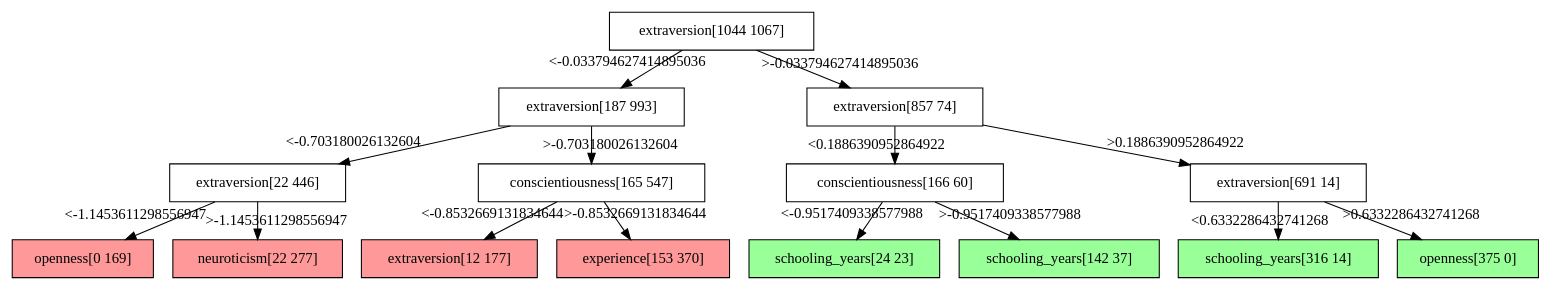
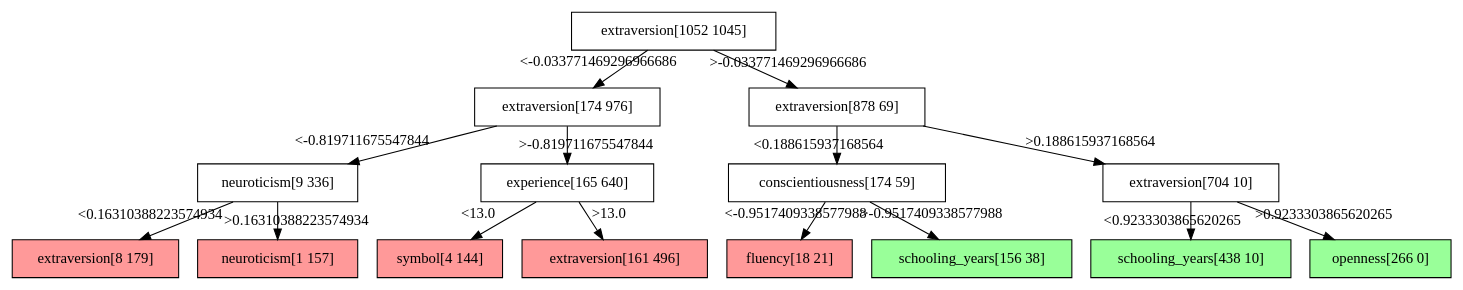
The diagram in skills_and_wages/bld/out/analysis/decision_tree.dot (Poojabl26/Programming-Project), drawn with Graphviz before and after one commit. The commit also changed 12 other files, not shown here.

```diff
--- a/skills_and_wages/bld/out/analysis/decision_tree.dot
+++ b/skills_and_wages/bld/out/analysis/decision_tree.dot
@@ -1,32 +1,32 @@
 digraph Tree {
 node [shape=box, style="filled", color="black"] ;
-0 [ label="extraversion[1044 1067]" , fillcolor="#ffffff"] ;
-1 [ label="extraversion[187 993]" , fillcolor="#ffffff"] ;
-0->1 [labeldistance=2.5, labelangle=45, headlabel="<-0.033794627414895036"] ;
-3 [ label="extraversion[22 446]" , fillcolor="#ffffff"] ;
-1->3 [labeldistance=2.5, labelangle=45, headlabel="<-0.703180026132604"] ;
-5 [ label="openness[0 169]" , fillcolor="#ff9999"] ;
-3->5 [labeldistance=2.5, labelangle=45, headlabel="<-1.1453611298556947"] ;
-6 [ label="neuroticism[22 277]" , fillcolor="#ff9999"] ;
-3->6 [labeldistance=2.5, labelangle=-45, headlabel=">-1.1453611298556947"] ;
-4 [ label="conscientiousness[165 547]" , fillcolor="#ffffff"] ;
-1->4 [labeldistance=2.5, labelangle=-45, headlabel=">-0.703180026132604"] ;
-7 [ label="extraversion[12 177]" , fillcolor="#ff9999"] ;
-4->7 [labeldistance=2.5, labelangle=45, headlabel="<-0.8532669131834644"] ;
-8 [ label="experience[153 370]" , fillcolor="#ff9999"] ;
-4->8 [labeldistance=2.5, labelangle=-45, headlabel=">-0.8532669131834644"] ;
-2 [ label="extraversion[857 74]" , fillcolor="#ffffff"] ;
-0->2 [labeldistance=2.5, labelangle=-45, headlabel=">-0.033794627414895036"] ;
-9 [ label="conscientiousness[166 60]" , fillcolor="#ffffff"] ;
-2->9 [labeldistance=2.5, labelangle=45, headlabel="<0.1886390952864922"] ;
-11 [ label="schooling_years[24 23]" , fillcolor="#99ff99"] ;
+0 [ label="extraversion[1052 1045]" , fillcolor="#ffffff"] ;
+1 [ label="extraversion[174 976]" , fillcolor="#ffffff"] ;
+0->1 [labeldistance=2.5, labelangle=45, headlabel="<-0.033771469296966686"] ;
+3 [ label="neuroticism[9 336]" , fillcolor="#ffffff"] ;
+1->3 [labeldistance=2.5, labelangle=45, headlabel="<-0.819711675547844"] ;
+5 [ label="extraversion[8 179]" , fillcolor="#ff9999"] ;
+3->5 [labeldistance=2.5, labelangle=45, headlabel="<0.16310388223574934"] ;
+6 [ label="neuroticism[1 157]" , fillcolor="#ff9999"] ;
+3->6 [labeldistance=2.5, labelangle=-45, headlabel=">0.16310388223574934"] ;
+4 [ label="experience[165 640]" , fillcolor="#ffffff"] ;
+1->4 [labeldistance=2.5, labelangle=-45, headlabel=">-0.819711675547844"] ;
+7 [ label="symbol[4 144]" , fillcolor="#ff9999"] ;
+4->7 [labeldistance=2.5, labelangle=45, headlabel="<13.0"] ;
+8 [ label="extraversion[161 496]" , fillcolor="#ff9999"] ;
+4->8 [labeldistance=2.5, labelangle=-45, headlabel=">13.0"] ;
+2 [ label="extraversion[878 69]" , fillcolor="#ffffff"] ;
+0->2 [labeldistance=2.5, labelangle=-45, headlabel=">-0.033771469296966686"] ;
+9 [ label="conscientiousness[174 59]" , fillcolor="#ffffff"] ;
+2->9 [labeldistance=2.5, labelangle=45, headlabel="<0.188615937168564"] ;
+11 [ label="fluency[18 21]" , fillcolor="#ff9999"] ;
 9->11 [labeldistance=2.5, labelangle=45, headlabel="<-0.9517409338577988"] ;
-12 [ label="schooling_years[142 37]" , fillcolor="#99ff99"] ;
+12 [ label="schooling_years[156 38]" , fillcolor="#99ff99"] ;
 9->12 [labeldistance=2.5, labelangle=-45, headlabel=">-0.9517409338577988"] ;
-10 [ label="extraversion[691 14]" , fillcolor="#ffffff"] ;
-2->10 [labeldistance=2.5, labelangle=-45, headlabel=">0.1886390952864922"] ;
-13 [ label="schooling_years[316 14]" , fillcolor="#99ff99"] ;
-10->13 [labeldistance=2.5, labelangle=45, headlabel="<0.6332286432741268"] ;
-14 [ label="openness[375 0]" , fillcolor="#99ff99"] ;
-10->14 [labeldistance=2.5, labelangle=-45, headlabel=">0.6332286432741268"] ;
+10 [ label="extraversion[704 10]" , fillcolor="#ffffff"] ;
+2->10 [labeldistance=2.5, labelangle=-45, headlabel=">0.188615937168564"] ;
+13 [ label="schooling_years[438 10]" , fillcolor="#99ff99"] ;
+10->13 [labeldistance=2.5, labelangle=45, headlabel="<0.9233303865620265"] ;
+14 [ label="openness[266 0]" , fillcolor="#99ff99"] ;
+10->14 [labeldistance=2.5, labelangle=-45, headlabel=">0.9233303865620265"] ;
 }
```
